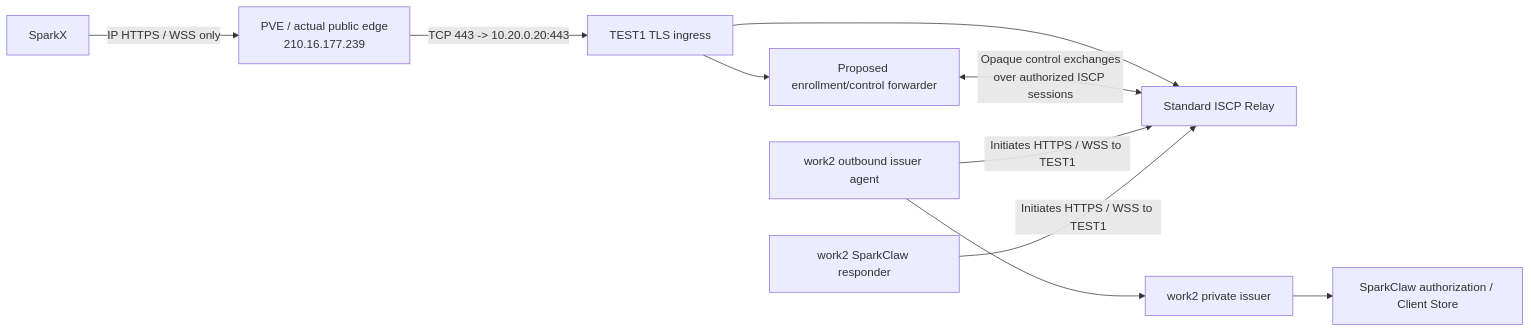
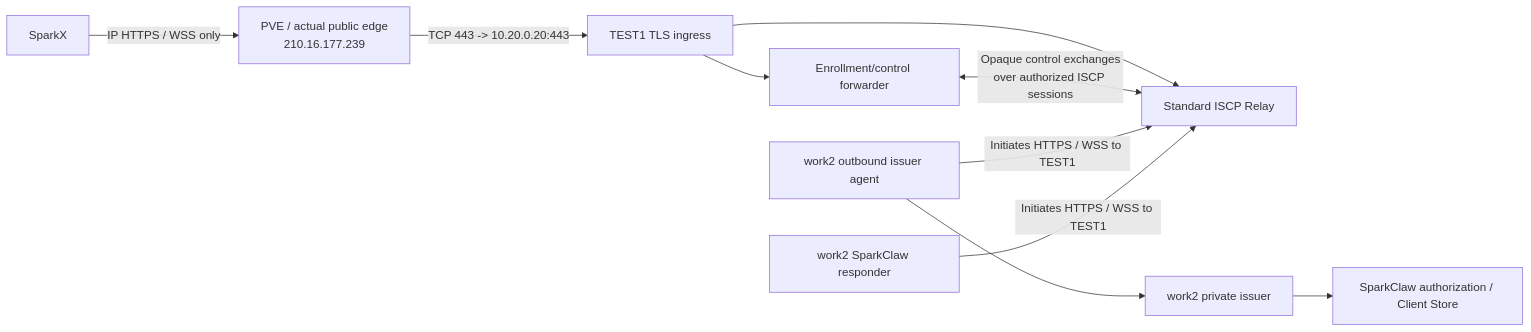
One commit to Infinimesh-ai/SparkClaw changed the first of 2 diagrams in docs/public-iscp-relay-node-issuer-design.md. Above: the diagram before and after it, drawn with Mermaid. The commit also changed other lines of this file and 5 other files, not shown here.

````diff
--- a/docs/public-iscp-relay-node-issuer-design.md
+++ b/docs/public-iscp-relay-node-issuer-design.md
@@ -88,12 +91,12 @@
 ```mermaid
 flowchart LR
     X["SparkX"] -->|"IP HTTPS / WSS only"| P["PVE / actual public edge<br/>210.16.177.239"]
     P -->|"TCP 443 -> 10.20.0.20:443"| E["TEST1 TLS ingress"]
     E --> R["Standard ISCP Relay"]
-    E --> C["Proposed enrollment/control forwarder"]
+    E --> C["Enrollment/control forwarder"]
     C <-->|"Opaque control exchanges<br/>over authorized ISCP sessions"| R
     W["work2 outbound issuer agent"] -->|"Initiates HTTPS / WSS to TEST1"| R
     W --> I["work2 private issuer"]
     I --> A["SparkClaw authorization / Client Store"]
     G["work2 SparkClaw responder"] -->|"Initiates HTTPS / WSS to TEST1"| R
 ```
````
